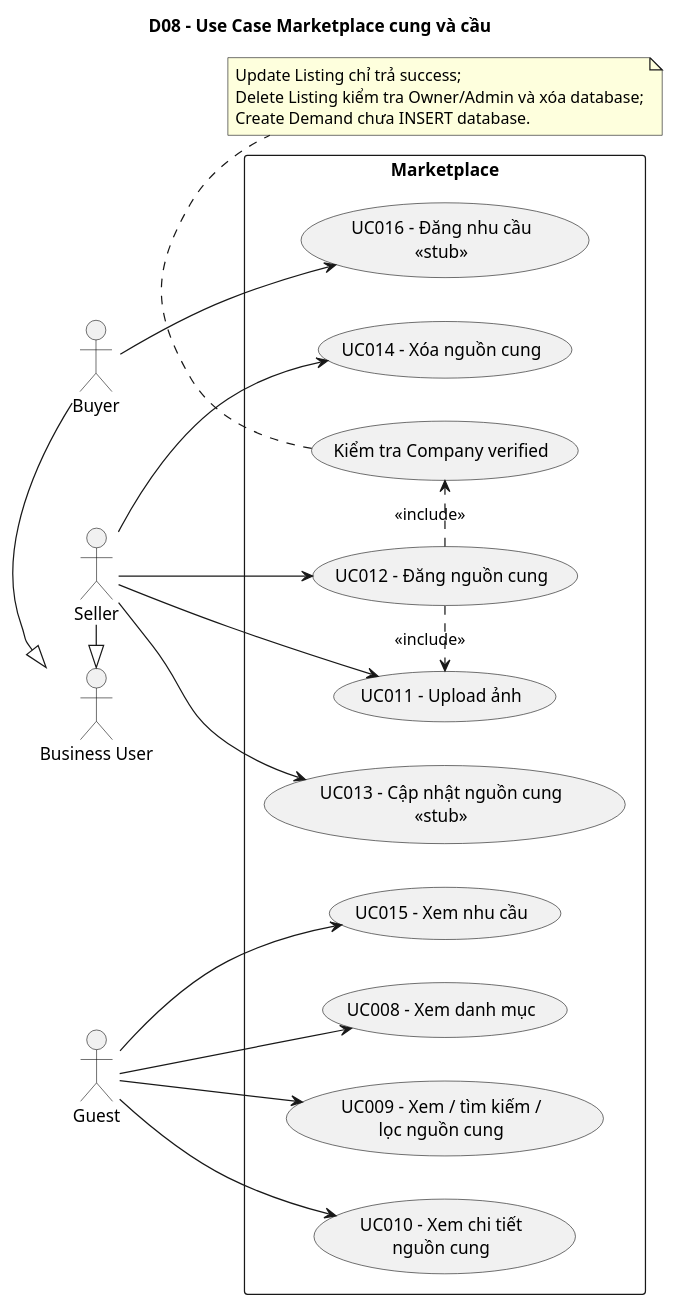
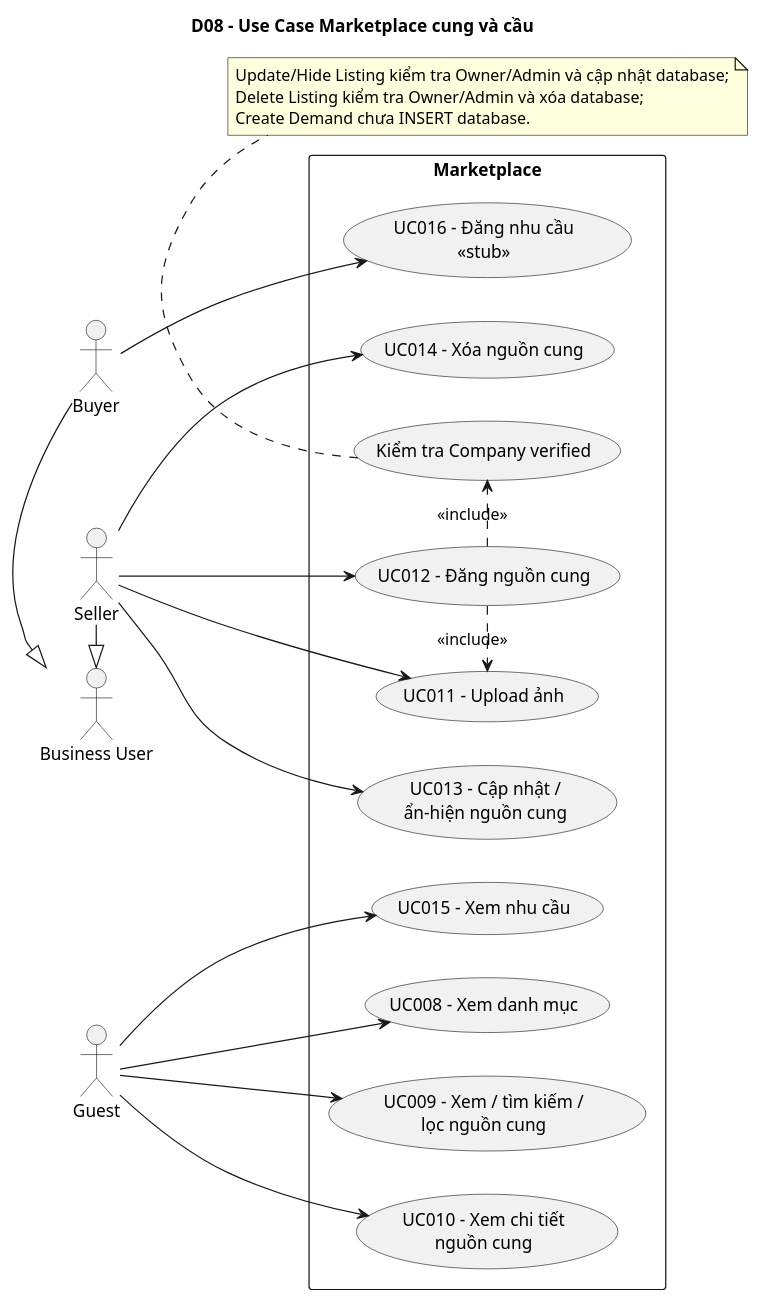
One commit to NguyetNgaLe/Circular-Materials-Exchange changed the diagram in project-submission/04-diagrams/chapter-03-requirements/D08-marketplace-use-case.puml. Above: the diagram before and after it, drawn with PlantUML. The commit also changed 21 other files, not shown here.

```diff
--- a/project-submission/04-diagrams/chapter-03-requirements/D08-marketplace-use-case.puml
+++ b/project-submission/04-diagrams/chapter-03-requirements/D08-marketplace-use-case.puml
@@ -1,42 +1,42 @@
 @startuml
 left to right direction
 title D08 - Use Case Marketplace cung và cầu
 
 actor Guest
 actor "Business User" as Business
 actor Buyer
 actor Seller
 Buyer -|> Business
 Seller -|> Business
 
 rectangle "Marketplace" {
   usecase "UC008 - Xem danh mục" as Categories
   usecase "UC009 - Xem / tìm kiếm /\nlọc nguồn cung" as ListSupply
   usecase "UC010 - Xem chi tiết\nnguồn cung" as SupplyDetail
   usecase "UC011 - Upload ảnh" as Upload
   usecase "UC012 - Đăng nguồn cung" as CreateSupply
-  usecase "UC013 - Cập nhật nguồn cung\n<<stub>>" as UpdateSupply
+  usecase "UC013 - Cập nhật /\nẩn-hiện nguồn cung" as UpdateSupply
   usecase "UC014 - Xóa nguồn cung" as DeleteSupply
   usecase "UC015 - Xem nhu cầu" as ListDemand
   usecase "UC016 - Đăng nhu cầu\n<<stub>>" as CreateDemand
   usecase "Kiểm tra Company verified" as VerifyCompany
 }
 
 Guest --> Categories
 Guest --> ListSupply
 Guest --> SupplyDetail
 Guest --> ListDemand
 Seller --> Upload
 Seller --> CreateSupply
 Seller --> UpdateSupply
 Seller --> DeleteSupply
 Buyer --> CreateDemand
 CreateSupply .> Upload : <<include>>
 CreateSupply .> VerifyCompany : <<include>>
 
 note bottom
-  Update Listing chỉ trả success;
+  Update/Hide Listing kiểm tra Owner/Admin và cập nhật database;
   Delete Listing kiểm tra Owner/Admin và xóa database;
   Create Demand chưa INSERT database.
 end note
 @enduml
```
